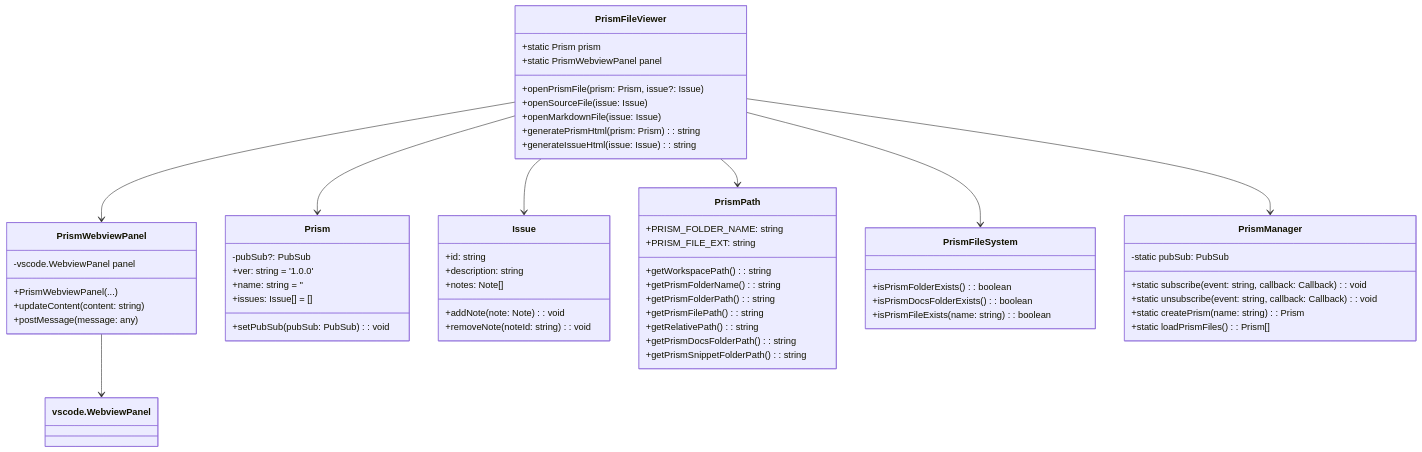
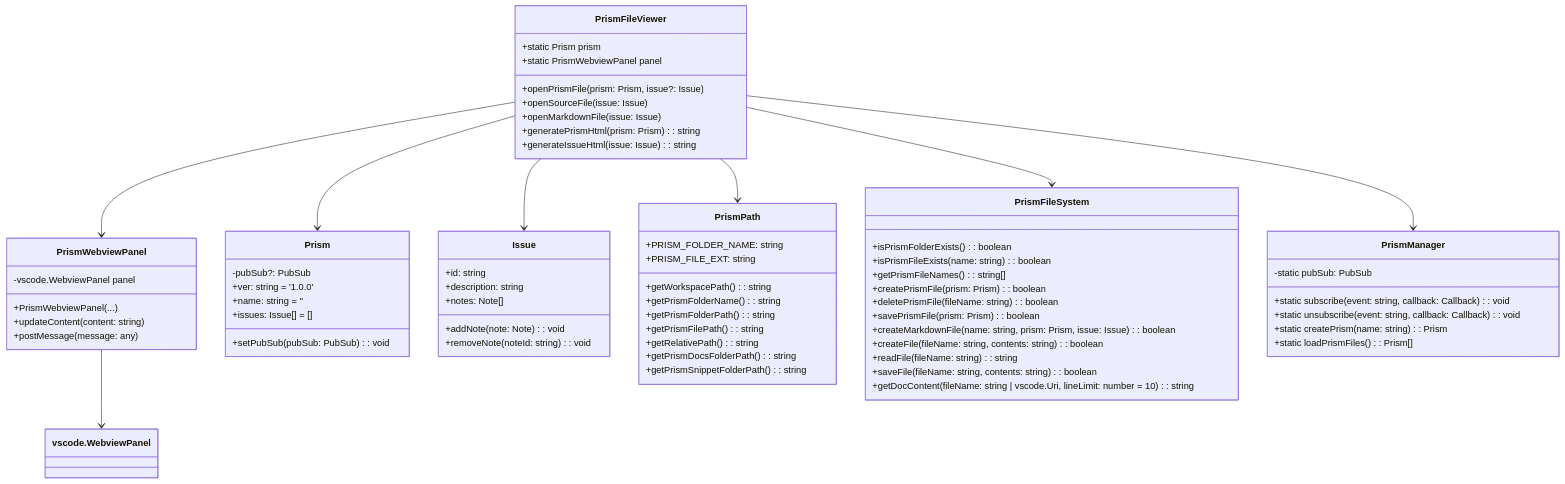
Before and after one commit to negahama/NegahamaOrg.CodePrism: the diagram in .prism/docs/3edd7c0344aae1a866edab7c246531b1.md, drawn with Mermaid. The commit also changed 14 other files, not shown here.

````diff
--- a/.prism/docs/3edd7c0344aae1a866edab7c246531b1.md
+++ b/.prism/docs/3edd7c0344aae1a866edab7c246531b1.md
@@ -11,69 +11,77 @@
 ```mermaid
 classDiagram
   class PrismFileViewer {
     +static Prism prism
     +static PrismWebviewPanel panel
     +openPrismFile(prism: Prism, issue?: Issue)
     +openSourceFile(issue: Issue)
     +openMarkdownFile(issue: Issue)
     +generatePrismHtml(prism: Prism): string
     +generateIssueHtml(issue: Issue): string
   }
 
   class PrismWebviewPanel {
     -vscode.WebviewPanel panel
     +PrismWebviewPanel(...)
     +updateContent(content: string)
     +postMessage(message: any)
   }
 
   class Prism {
     -pubSub?: PubSub
     +ver: string = '1.0.0'
     +name: string = ''
     +issues: Issue[] = []
     +setPubSub(pubSub: PubSub): void
   }
 
   class Issue {
     +id: string
     +description: string
     +notes: Note[]
     +addNote(note: Note): void
     +removeNote(noteId: string): void
   }
 
   class PrismPath {
     +PRISM_FOLDER_NAME: string
     +PRISM_FILE_EXT: string
     +getWorkspacePath(): string
     +getPrismFolderName(): string
     +getPrismFolderPath(): string
     +getPrismFilePath(): string
     +getRelativePath(): string
     +getPrismDocsFolderPath(): string
     +getPrismSnippetFolderPath(): string
   }
 
   class PrismFileSystem {
     +isPrismFolderExists(): boolean
-    +isPrismDocsFolderExists(): boolean
     +isPrismFileExists(name: string): boolean
+    +getPrismFileNames(): string[]
+    +createPrismFile(prism: Prism): boolean
+    +deletePrismFile(fileName: string): boolean
+    +savePrismFile(prism: Prism): boolean
+    +createMarkdownFile(name: string, prism: Prism, issue: Issue): boolean
+    +createFile(fileName: string, contents: string): boolean
+    +readFile(fileName: string): string
+    +saveFile(fileName: string, contents: string): boolean
+    +getDocContent(fileName: string | vscode.Uri, lineLimit: number = 10): string
   }
 
   class PrismManager {
     -static pubSub: PubSub
     +static subscribe(event: string, callback: Callback): void
     +static unsubscribe(event: string, callback: Callback): void
     +static createPrism(name: string): Prism
     +static loadPrismFiles(): Prism[]
   }
 
   PrismFileViewer --> Prism
   PrismFileViewer --> Issue
   PrismFileViewer --> PrismWebviewPanel
   PrismWebviewPanel --> vscode.WebviewPanel
   PrismFileViewer --> PrismPath
   PrismFileViewer --> PrismFileSystem
   PrismFileViewer --> PrismManager
 ```
````
